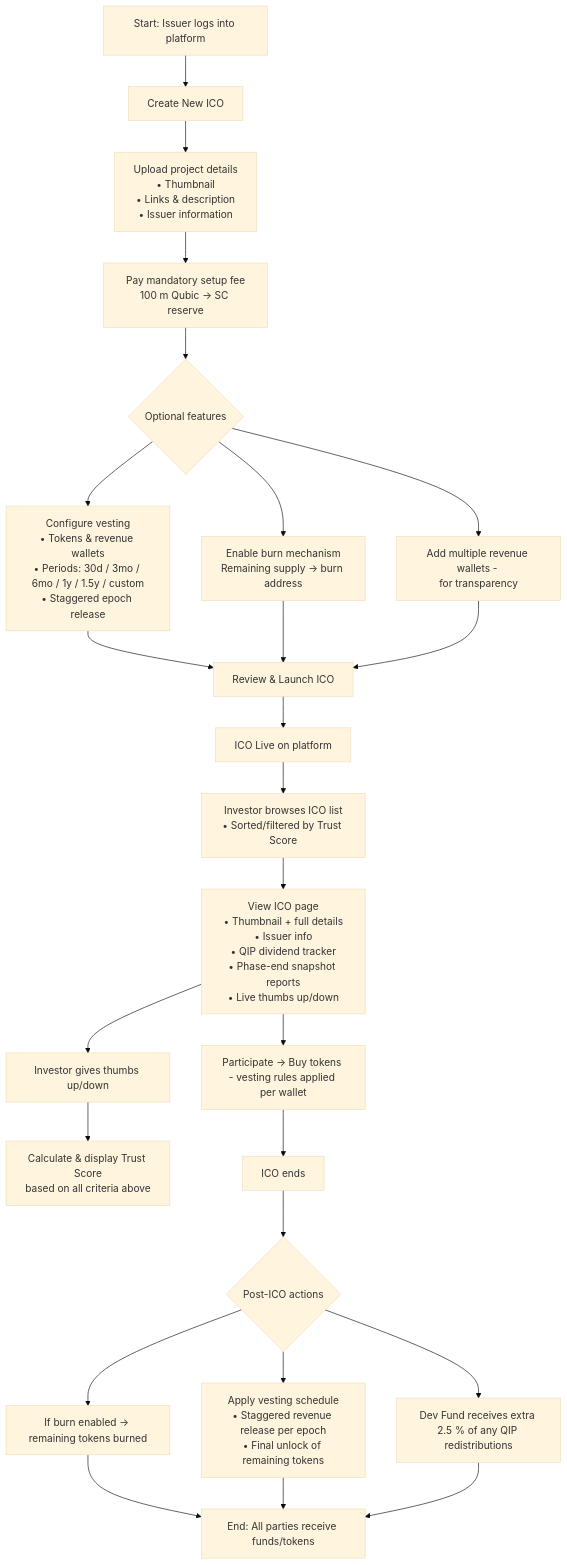
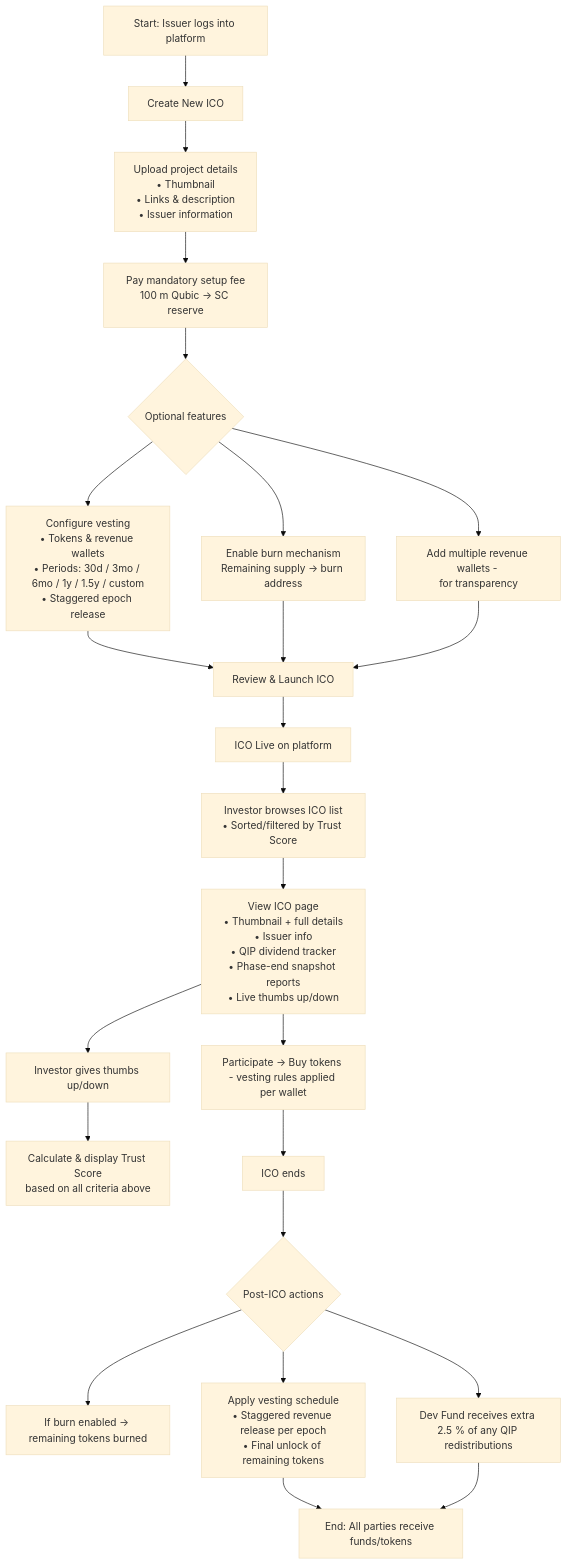
The diagram in README.md (nineisten/qip_upgrade), drawn with Mermaid (base theme) before and after one commit.

````diff
--- a/README.md
+++ b/README.md
@@ -59,53 +59,53 @@
 ```mermaid
 flowchart TD
     A[Start: Issuer logs into platform] 
     --> B[Create New ICO]
 
     B --> C[Upload project details
 • Thumbnail
 • Links & description
 • Issuer information]
     C --> D[Pay mandatory setup fee
 100 m Qubic → SC reserve]
 
     D --> E{Optional features}
     E --> F[Configure vesting
 • Tokens & revenue wallets
 • Periods: 30d / 3mo / 6mo / 1y / 1.5y / custom
 • Staggered epoch release]
     E --> G[Enable burn mechanism
 Remaining supply → burn address]
     E --> H[Add multiple revenue wallets - 
 for transparency]
 
     F & G & H --> I[Review & Launch ICO]
 
     I --> J[ICO Live on platform]
 
     J --> K[Investor browses ICO list
 • Sorted/filtered by Trust Score]
     K --> L[View ICO page
 • Thumbnail + full details
 • Issuer info
 • QIP dividend tracker
 • Phase-end snapshot reports
 • Live thumbs up/down]
     L --> M[Investor gives thumbs up/down]
     M --> N[Calculate & display Trust Score
 based on all criteria above]
     L --> O[Participate → Buy tokens - vesting rules applied per wallet]
 
     O --> P[ICO ends]
 
     P --> Q{Post-ICO actions}
     Q --> R[If burn enabled → remaining tokens burned]
     Q --> S[Apply vesting schedule
 • Staggered revenue release per epoch
 • Final unlock of remaining tokens]
     Q --> T[Dev Fund receives extra 2.5 % of any QIP redistributions]
 
-    R & S & T --> End[End: All parties receive funds/tokens]
+    S & T --> End[End: All parties receive funds/tokens]
 
 
 
 ```
````
